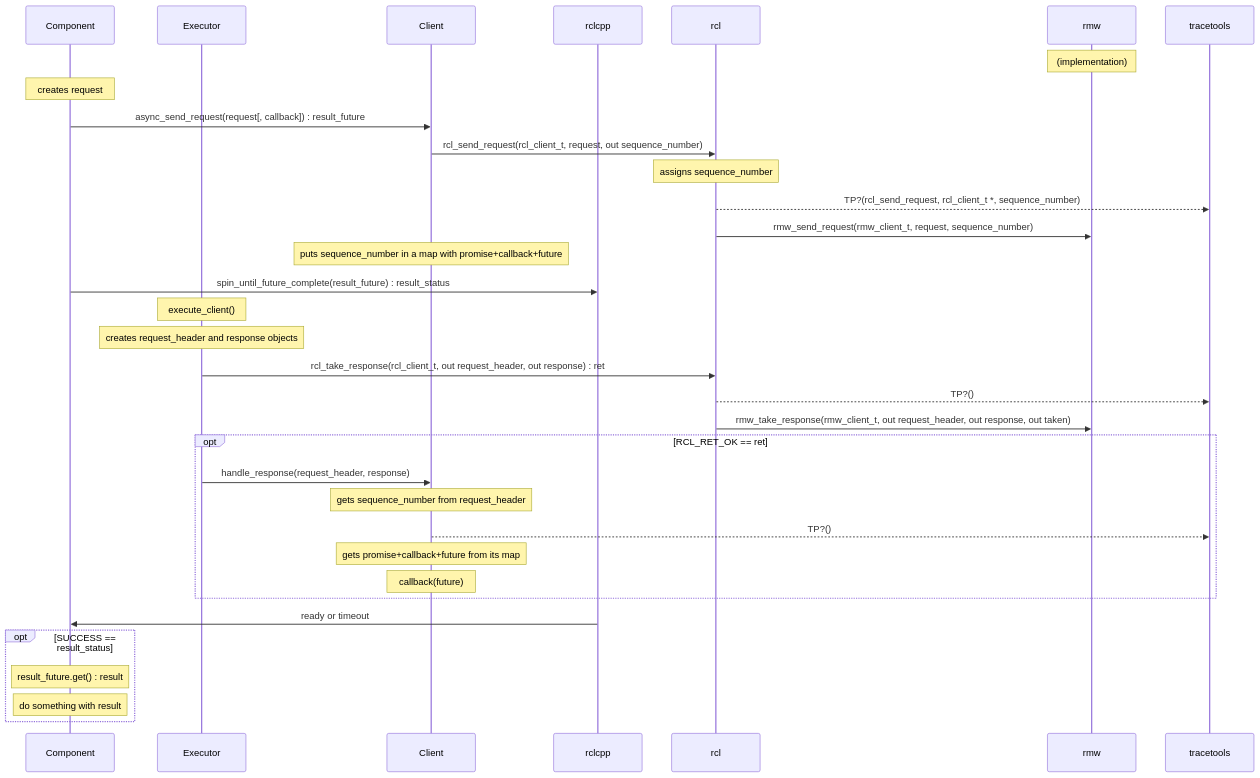
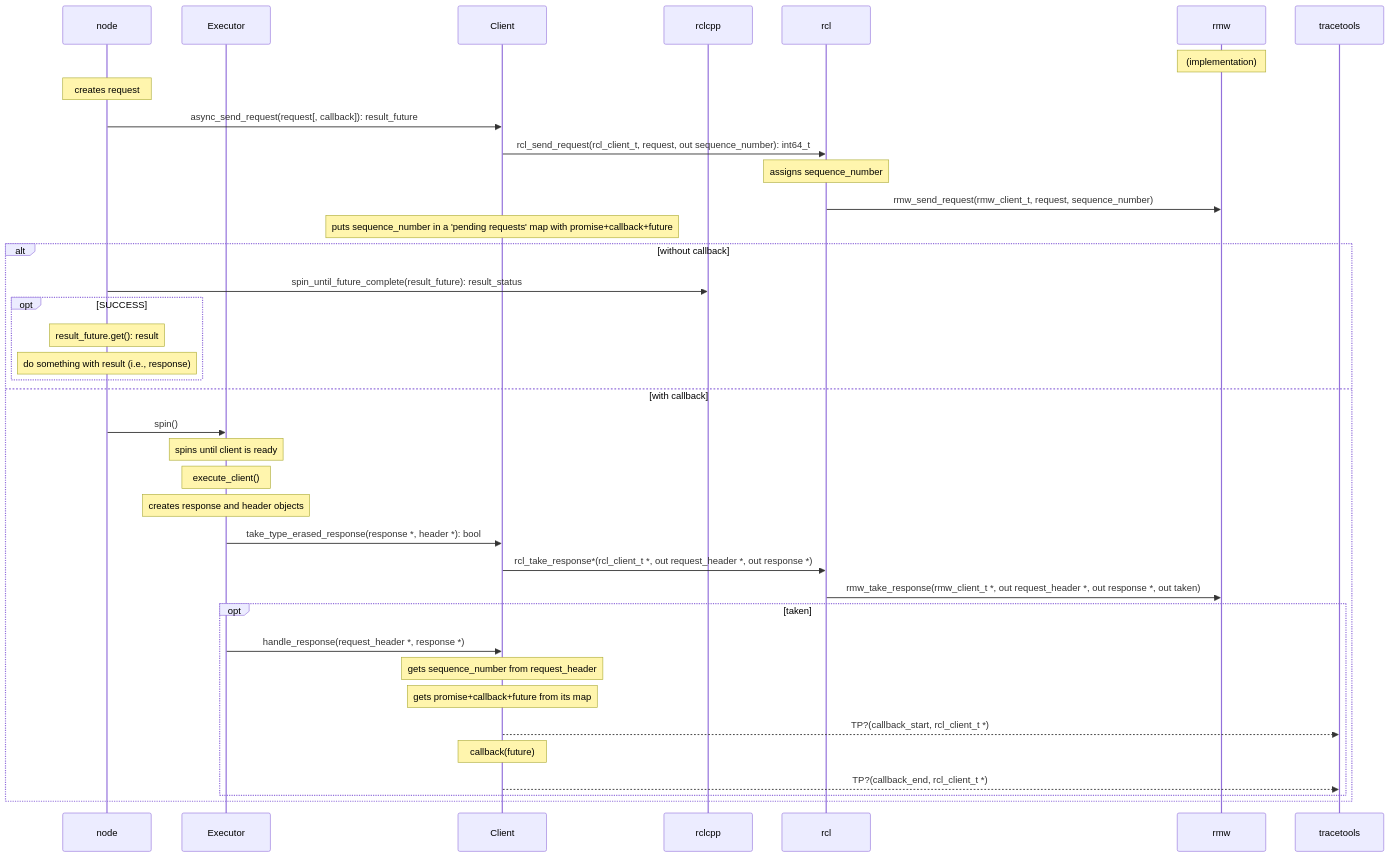
Diagram 11 of 17 in doc/design_ros_2.md (ros2-split-gbp/ros2_tracing-release), drawn with Mermaid before and after one commit. The commit also changed other lines of this file and 83 other files, not shown here.

````diff
--- a/doc/design_ros_2.md
+++ b/doc/design_ros_2.md
@@ -427,41 +613,49 @@
 ```mermaid
 sequenceDiagram
-    participant Component
+    participant node
     participant Executor
     participant Client
     participant rclcpp
     participant rcl
     participant rmw
     participant tracetools
 
     Note over rmw: (implementation)
 
-    Note over Component: creates request
-    Component->>Client: async_send_request(request[, callback]) : result_future
-    Client->>rcl: rcl_send_request(rcl_client_t, request, out sequence_number)
+    Note over node: creates request
+    node->>Client: async_send_request(request[, callback]): result_future
+    Client->>rcl: rcl_send_request(rcl_client_t, request, out sequence_number): int64_t
     Note over rcl: assigns sequence_number
-    rcl-->>tracetools: TP?(rcl_send_request, rcl_client_t *, sequence_number)
+    %% rcl-->>tracetools: TP(rcl_send_request, rcl_client_t *, sequence_number)
     rcl->>rmw: rmw_send_request(rmw_client_t, request, sequence_number)
-    Note over Client: puts sequence_number in a map with promise+callback+future
+    %% rmw-->>tracetools: TP(rmw_send_request, sequence_number)
+    Note over Client: puts sequence_number in a 'pending requests' map with promise+callback+future
 
-    Component->>rclcpp: spin_until_future_complete(result_future) : result_status
+    alt without callback
+        node->>rclcpp: spin_until_future_complete(result_future): result_status
+        opt SUCCESS
+            Note over node: result_future.get(): result
+            Note over node: do something with result (i.e., response)
+        end
+    else with callback
+        node->>Executor: spin()
+        Note over Executor: spins until client is ready
 
-    Note over Executor: execute_client()
-    Note over Executor: creates request_header and response objects
-    Executor->>rcl: rcl_take_response(rcl_client_t, out request_header, out response) : ret
-    rcl-->>tracetools: TP?()
-    rcl->>rmw: rmw_take_response(rmw_client_t, out request_header, out response, out taken)
-    opt RCL_RET_OK == ret
-        Executor->>Client: handle_response(request_header, response)
-        Note over Client: gets sequence_number from request_header
-        Client-->>tracetools: TP?()
-        Note over Client: gets promise+callback+future from its map
-        Note over Client: callback(future)
-    end
-
-    rclcpp->>Component: ready or timeout
-    opt SUCCESS == result_status
-        Note over Component: result_future.get() : result
-        Note over Component: do something with result
+        %% Executor-->>tracetools: TP(rclcpp_executor_execute, rcl_client_t *)
+        Note over Executor: execute_client()
+        Note over Executor: creates response and header objects
+        Executor->>Client: take_type_erased_response(response *, header *): bool
+        Client->>rcl: rcl_take_response*(rcl_client_t *, out request_header *, out response *)
+        rcl->>rmw: rmw_take_response(rmw_client_t *, out request_header *, out response *, out taken)
+        %% rmw-->>tracetools: TP(rmw_take_response)
+        %% rcl-->>tracetools: TP(rcl_take_response)
+        opt taken
+            Executor->>Client: handle_response(request_header *, response *)
+            Note over Client: gets sequence_number from request_header
+            Note over Client: gets promise+callback+future from its map
+            Client-->>tracetools: TP?(callback_start, rcl_client_t *)
+            Note over Client: callback(future)
+            Client-->>tracetools: TP?(callback_end, rcl_client_t *)
+        end
     end
 ```
````
